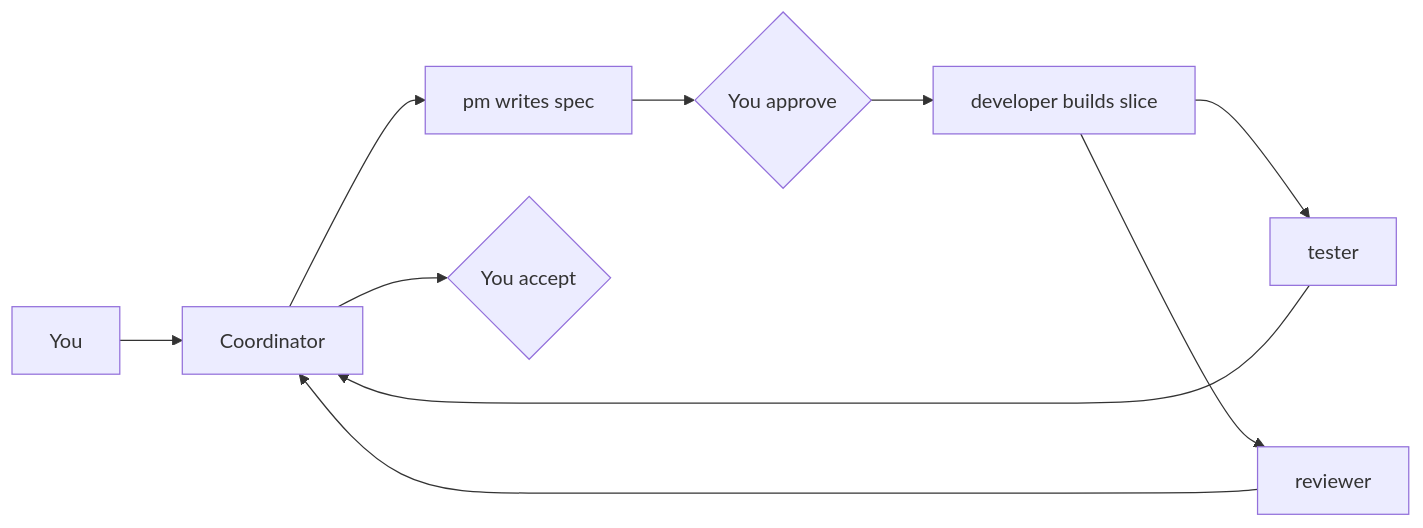
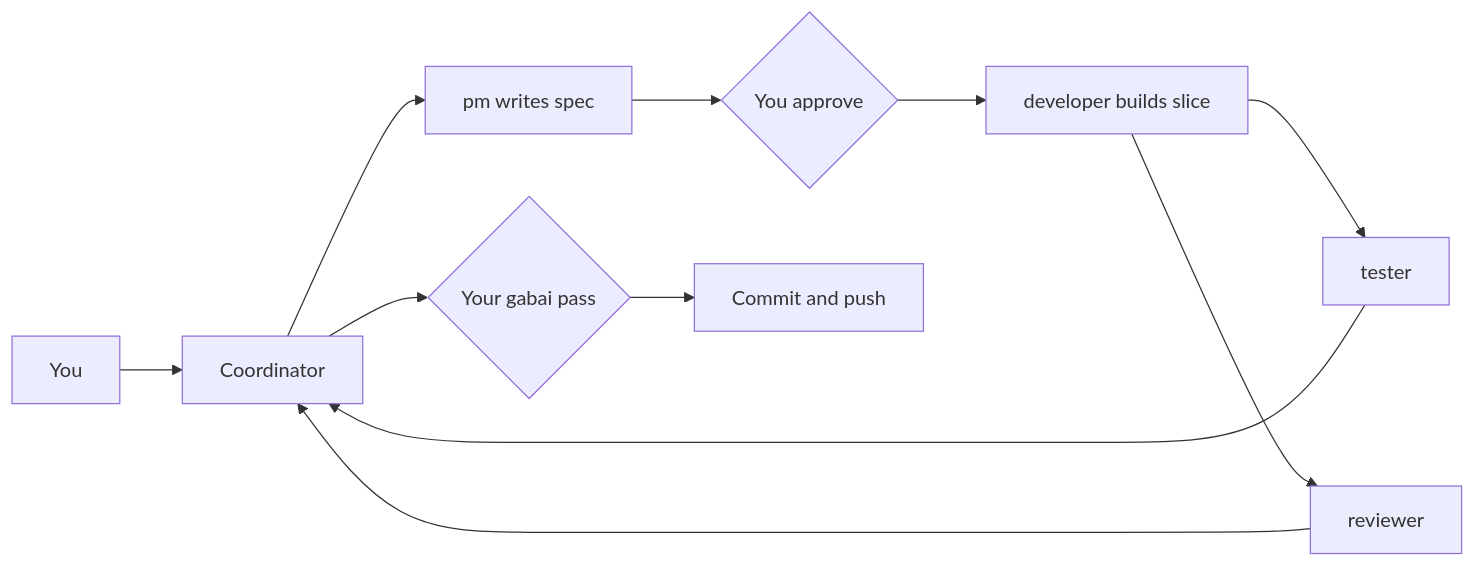
The first of 2 diagrams in docs/product/OWNER_GUIDE.md (botbole/gabay), drawn with Mermaid before and after one commit. The commit also changed other lines of this file and 14 other files, not shown here.

````diff
--- a/docs/product/OWNER_GUIDE.md
+++ b/docs/product/OWNER_GUIDE.md
@@ -78,12 +69,13 @@
 ```mermaid
 flowchart LR
     you[You] --> coord[Coordinator]
     coord --> pm[pm writes spec]
     pm --> approve{You approve}
     approve --> dev[developer builds slice]
     dev --> tester[tester]
     dev --> reviewer[reviewer]
     tester --> coord
     reviewer --> coord
-    coord --> accept{You accept}
+    coord --> accept{Your gabai pass}
+    accept --> commit[Commit and push]
 ```
````
